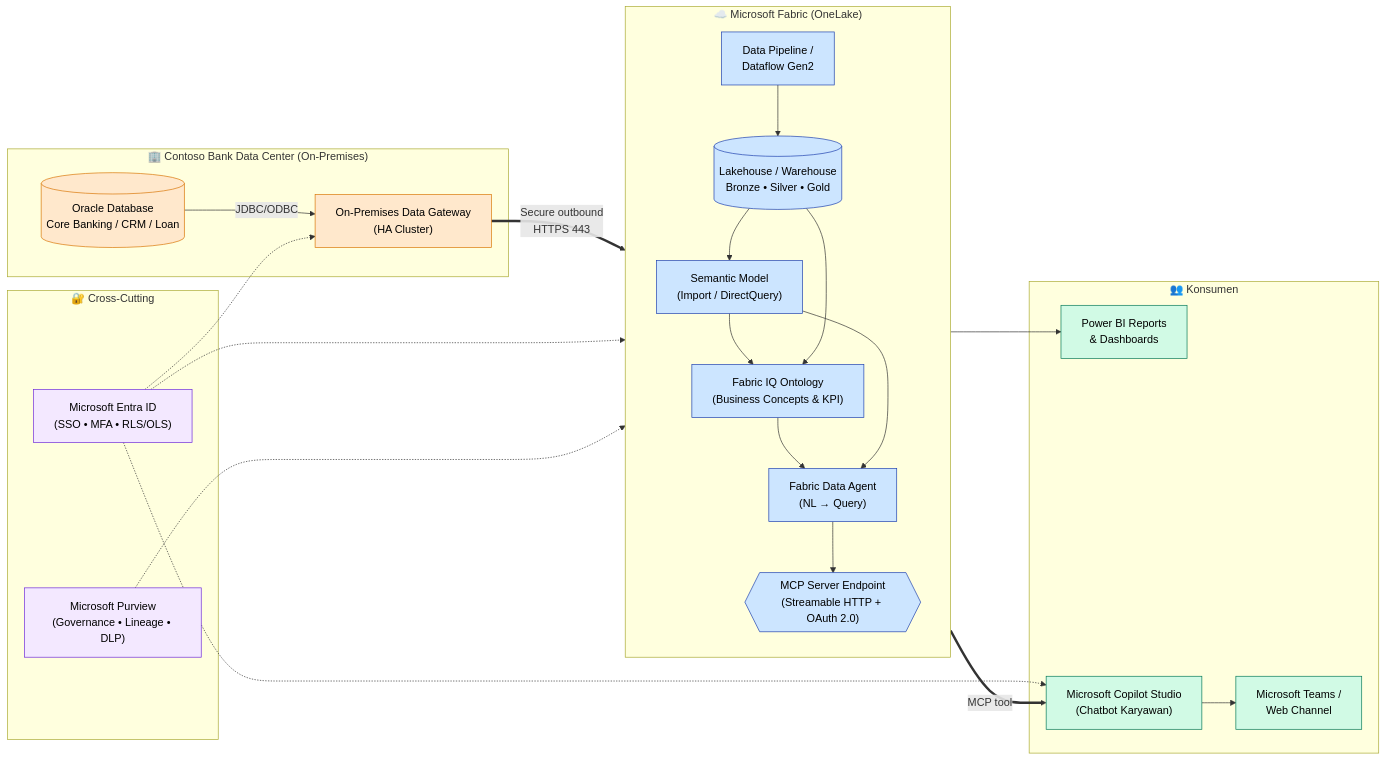
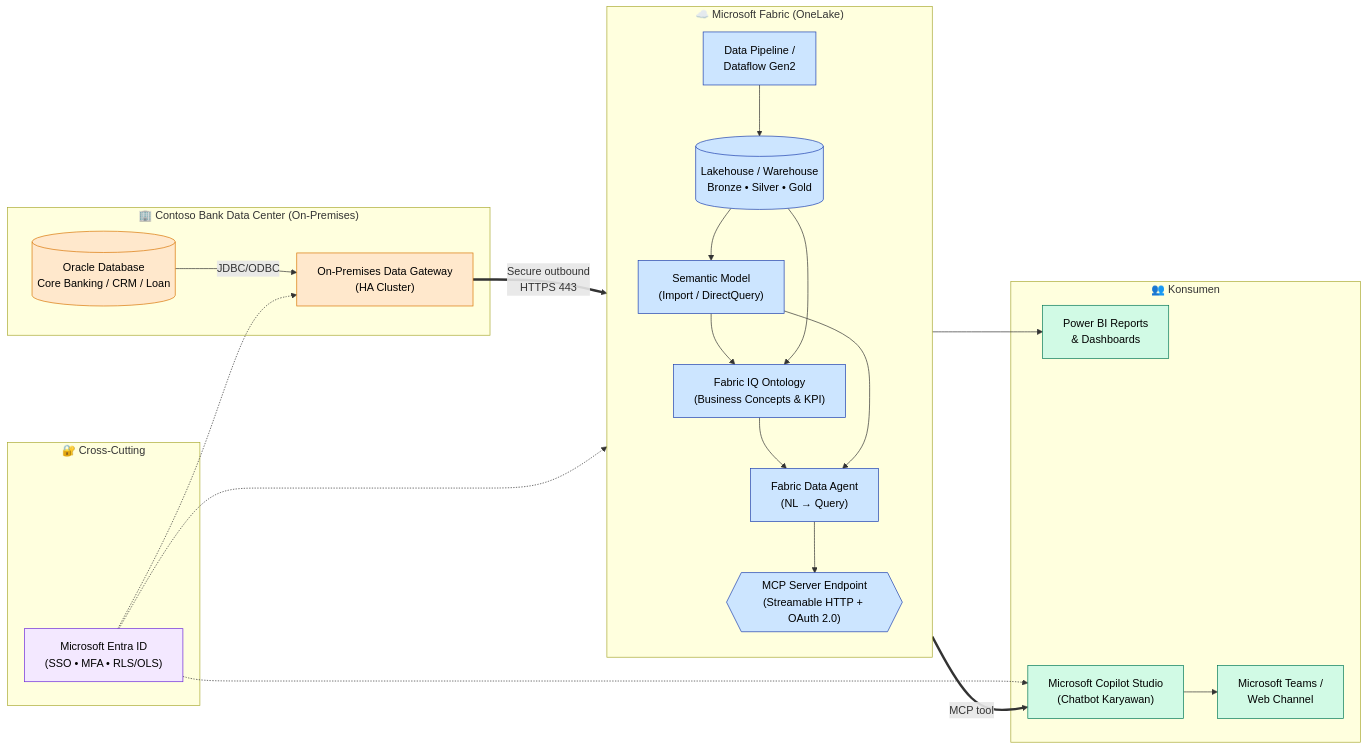
Before and after one commit to edhotp/contoso-bank-propose-solution: the first of 2 diagrams in Proposed-Solution-ContosoBank.md, drawn with Mermaid. The commit also changed other lines of this file, not shown here.

Commit message:
Remove Microsoft Purview references from solution

````diff
--- a/Proposed-Solution-ContosoBank.md
+++ b/Proposed-Solution-ContosoBank.md
@@ -50,55 +49,53 @@
 ```mermaid
 flowchart LR
     subgraph OnPrem["🏢 Contoso Bank Data Center (On-Premises)"]
         ORA[("Oracle Database<br/>Core Banking / CRM / Loan")]
         GW["On-Premises Data Gateway<br/>(HA Cluster)"]
         ORA -->|JDBC/ODBC| GW
     end
 
     subgraph Fabric["☁️ Microsoft Fabric (OneLake)"]
         direction TB
         PIPE["Data Pipeline /<br/>Dataflow Gen2"]
         LH[("Lakehouse / Warehouse<br/>Bronze • Silver • Gold")]
         SM["Semantic Model<br/>(Import / DirectQuery)"]
         ONT["Fabric IQ Ontology<br/>(Business Concepts & KPI)"]
         AGENT["Fabric Data Agent<br/>(NL → Query)"]
         MCP{{"MCP Server Endpoint<br/>(Streamable HTTP + OAuth 2.0)"}}
         PIPE --> LH
         LH --> SM
         SM --> ONT
         LH --> ONT
         ONT --> AGENT
         SM --> AGENT
         AGENT --> MCP
     end
 
     subgraph Consumers["👥 Konsumen"]
         PBI["Power BI Reports<br/>& Dashboards"]
         CS["Microsoft Copilot Studio<br/>(Chatbot Karyawan)"]
         TEAMS["Microsoft Teams /<br/>Web Channel"]
     end
 
     subgraph Security["🔐 Cross-Cutting"]
         ENTRA["Microsoft Entra ID<br/>(SSO • MFA • RLS/OLS)"]
-        PUR["Microsoft Purview<br/>(Governance • Lineage • DLP)"]
     end
 
     GW ==>|Secure outbound<br/>HTTPS 443| PIPE
     SM --> PBI
     MCP ==>|MCP tool| CS
     CS --> TEAMS
 
     ENTRA -.-> GW
     ENTRA -.-> Fabric
     ENTRA -.-> CS
-    PUR -.-> Fabric
 
     classDef onprem fill:#FFE8CC,stroke:#D97706,color:#000
     classDef fabric fill:#CCE5FF,stroke:#1E40AF,color:#000
     classDef consumer fill:#D1FAE5,stroke:#047857,color:#000
     classDef sec fill:#F3E8FF,stroke:#6D28D9,color:#000
     class ORA,GW onprem
     class PIPE,LH,SM,ONT,AGENT,MCP fabric
     class PBI,CS,TEAMS consumer
-    class ENTRA,PUR sec
+    class ENTRA sec
 ```
````
